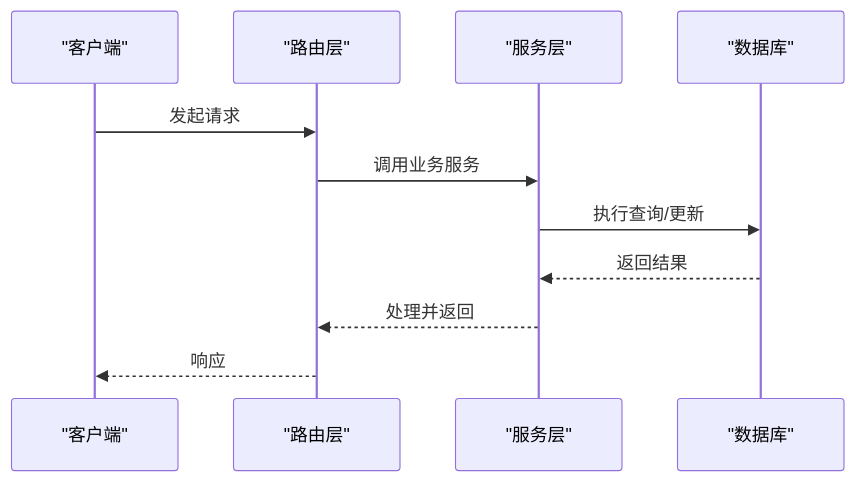
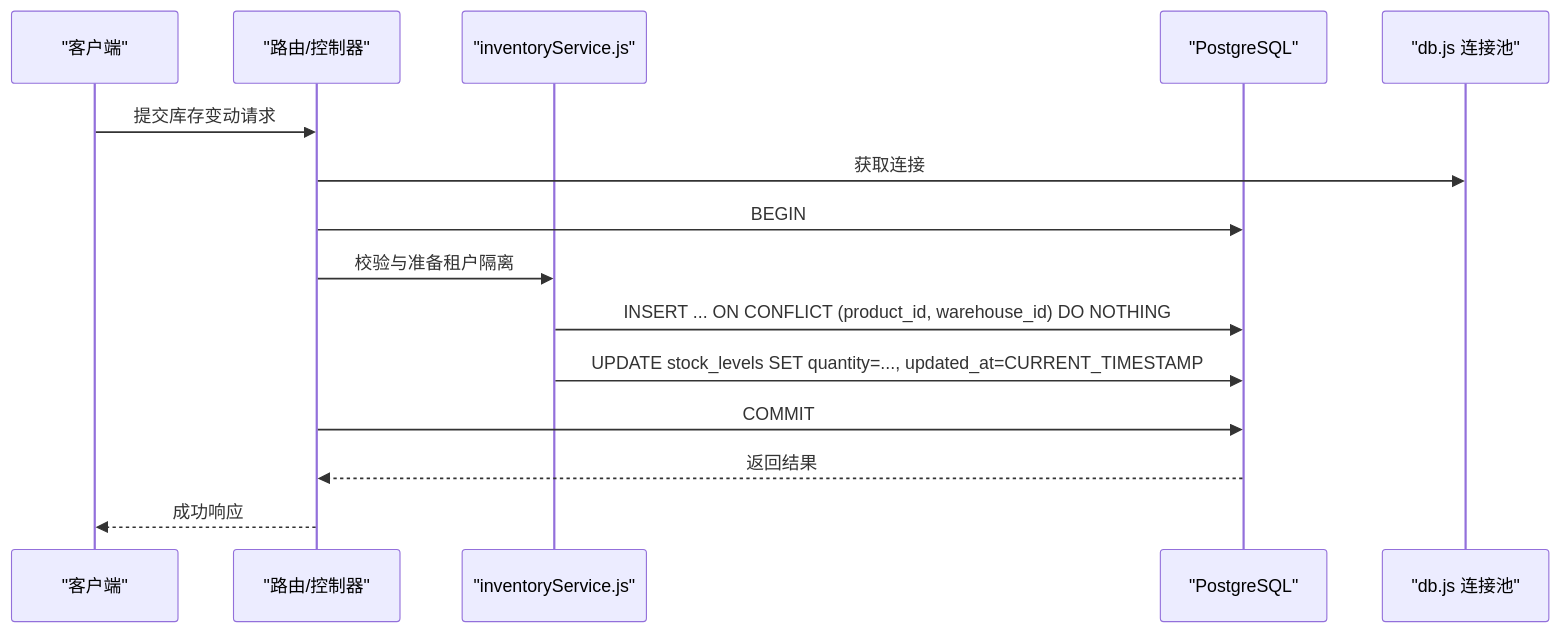
Before and after one commit to Juny09/inventory_system: the second of 3 diagrams in .qoder/repowiki/zh/content/数据库设计/索引与约束.md, drawn with Mermaid. The commit also changed other lines of this file and 171 other files, not shown here.

````diff
--- a/.qoder/repowiki/zh/content/数据库设计/索引与约束.md
+++ b/.qoder/repowiki/zh/content/数据库设计/索引与约束.md
@@ -92,13 +116,17 @@
 ```mermaid
 sequenceDiagram
-participant C as "客户端"
-participant R as "路由层"
-participant S as "服务层"
-participant DB as "数据库"
-C->>R : 发起请求
-R->>S : 调用业务服务
-S->>DB : 执行查询/更新
-DB-->>S : 返回结果
-S-->>R : 处理并返回
-R-->>C : 响应
+participant Client as "客户端"
+participant Route as "路由/控制器"
+participant Service as "inventoryService.js"
+participant DB as "PostgreSQL"
+participant Pool as "db.js 连接池"
+Client->>Route : 提交库存变动请求
+Route->>Pool : 获取连接
+Route->>DB : BEGIN
+Route->>Service : 校验与准备租户隔离
+Service->>DB : INSERT ... ON CONFLICT (product_id, warehouse_id) DO NOTHING
+Service->>DB : UPDATE stock_levels SET quantity=..., updated_at=CURRENT_TIMESTAMP
+Route->>DB : COMMIT
+DB-->>Route : 返回结果
+Route-->>Client : 成功响应
 ```
````
